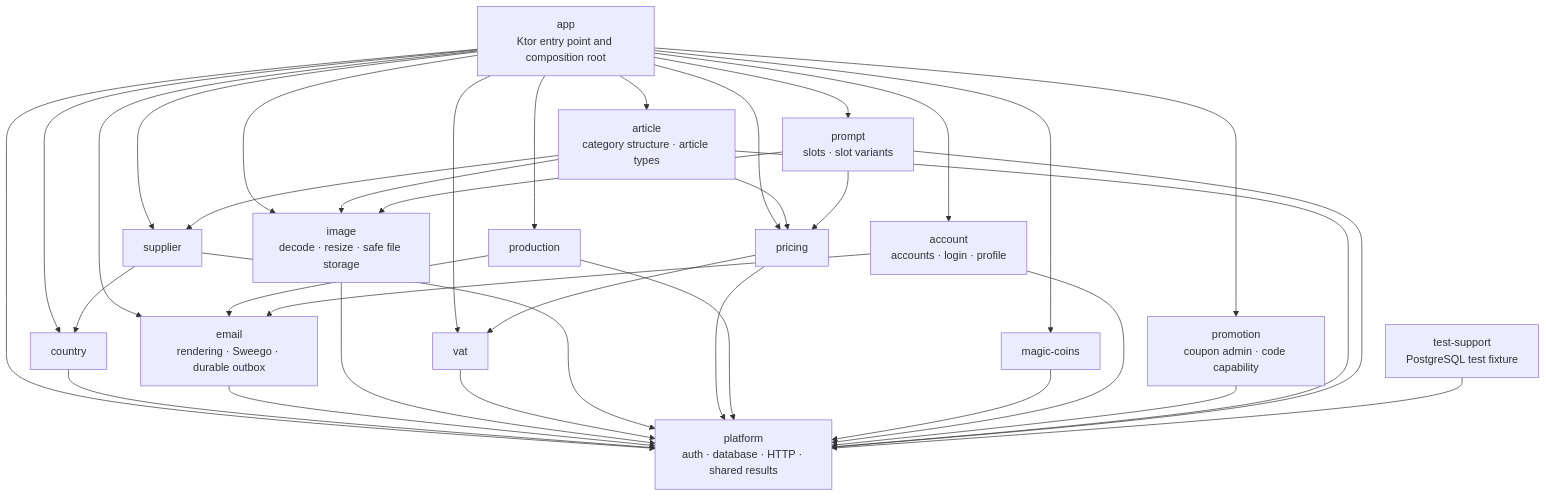
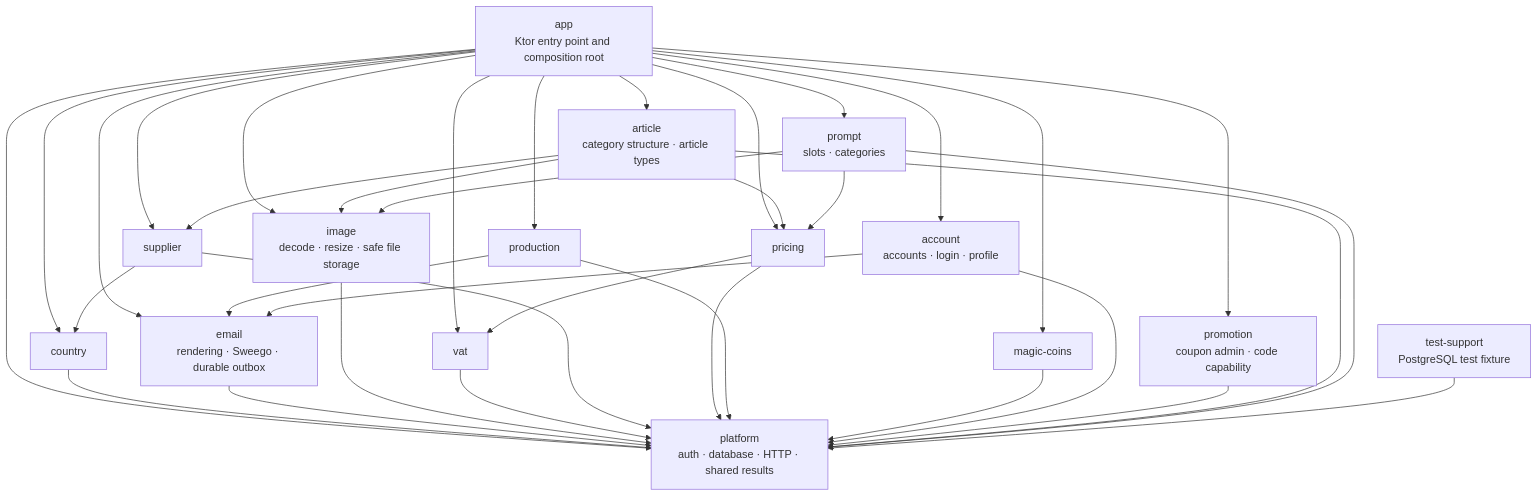
Before and after one commit to bitstorm-tech/voenix-shop-kotlin: the diagram in docs/dev/backend/module-architecture.md, drawn with Mermaid. The commit also changed other lines of this file and 38 other files, not shown here.

First line of the commit message:
Migrate the prompt categories and subcategories (Prompt slice 2)

````diff
--- a/docs/dev/backend/module-architecture.md
+++ b/docs/dev/backend/module-architecture.md
@@ -34,54 +34,54 @@
 ```mermaid
 flowchart TD
     App["app<br/>Ktor entry point and composition root"]
     Platform["platform<br/>auth · database · HTTP · shared results"]
     Country["country"]
     Email["email<br/>rendering · Sweego · durable outbox"]
     Image["image<br/>decode · resize · safe file storage"]
     Vat["vat"]
     Supplier["supplier"]
     Pricing["pricing"]
     Production["production"]
     MagicCoins["magic-coins"]
     Account["account<br/>accounts · login · profile"]
     Promotion["promotion<br/>coupon admin · code capability"]
     Article["article<br/>category structure · article types"]
-    Prompt["prompt<br/>slots · slot variants"]
+    Prompt["prompt<br/>slots · categories"]
     TestSupport["test-support<br/>PostgreSQL test fixture"]
 
     App --> Platform
     App --> Account
     App --> Country
     App --> Email
     App --> Image
     App --> Vat
     App --> Supplier
     App --> Pricing
     App --> Production
     App --> MagicCoins
     App --> Promotion
     App --> Article
     App --> Prompt
     Country --> Platform
     Email --> Platform
     Image --> Platform
     Vat --> Platform
     Supplier --> Platform
     Supplier --> Country
     Pricing --> Platform
     Pricing --> Vat
     Production --> Platform
     Production --> Email
     MagicCoins --> Platform
     Account --> Platform
     Account --> Email
     Promotion --> Platform
     Article --> Platform
     Article --> Image
     Article --> Pricing
     Article --> Supplier
     Prompt --> Platform
     Prompt --> Image
     Prompt --> Pricing
     TestSupport --> Platform
 ```
````
